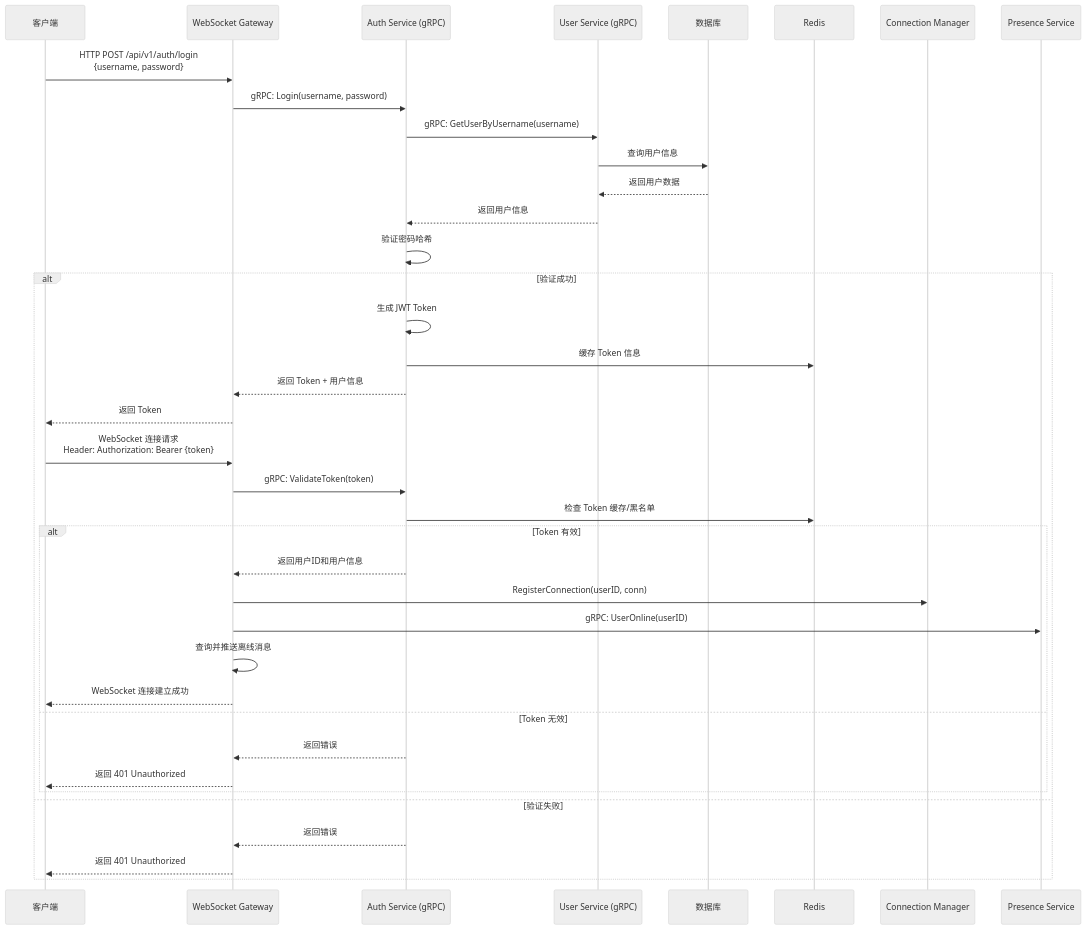
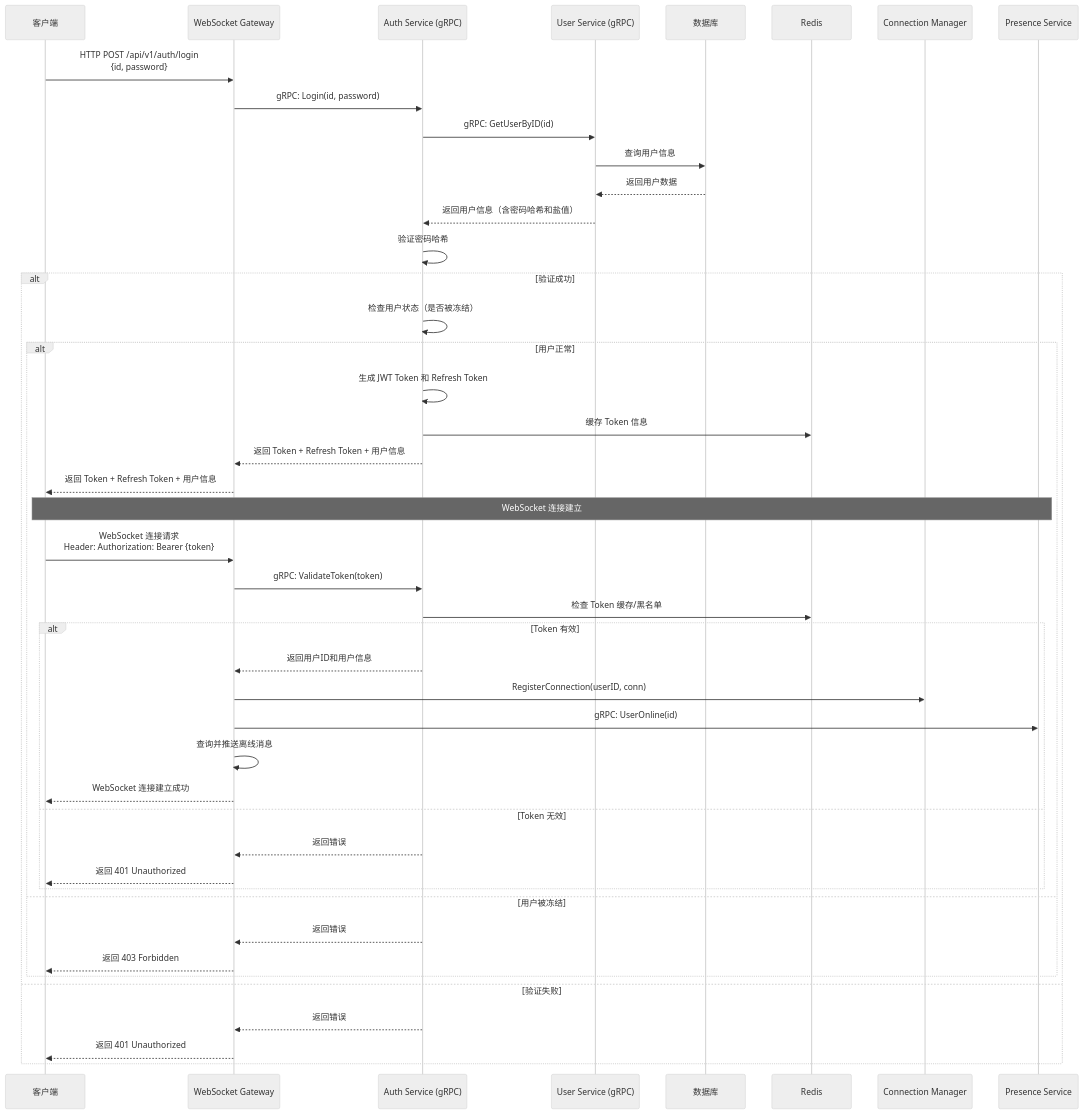
The second of 9 diagrams in docs/dev/01-用户登录与操作逻辑.md (HappyLadySauce/Beehive), drawn with Mermaid (neutral theme) before and after one commit. The commit also changed other lines of this file and 19 other files, not shown here.

Commit message:
Remove obsolete documentation and gRPC/protobuf files related to user, message, and presence services to streamline the codebase and improve maintainability.

````diff
--- a/docs/dev/01-用户登录与操作逻辑.md
+++ b/docs/dev/01-用户登录与操作逻辑.md
@@ -11,41 +95,49 @@
 ```mermaid
 sequenceDiagram
     participant Client as 客户端
     participant Gateway as WebSocket Gateway
     participant AuthSvc as Auth Service (gRPC)
     participant UserSvc as User Service (gRPC)
     participant DB as 数据库
     participant Redis as Redis
     participant ConnMgr as Connection Manager
     participant PresenceSvc as Presence Service
     
-    Client->>Gateway: HTTP POST /api/v1/auth/login<br/>{username, password}
-    Gateway->>AuthSvc: gRPC: Login(username, password)
-    AuthSvc->>UserSvc: gRPC: GetUserByUsername(username)
+    Client->>Gateway: HTTP POST /api/v1/auth/login<br/>{id, password}
+    Gateway->>AuthSvc: gRPC: Login(id, password)
+    AuthSvc->>UserSvc: gRPC: GetUserByID(id)
     UserSvc->>DB: 查询用户信息
     DB-->>UserSvc: 返回用户数据
-    UserSvc-->>AuthSvc: 返回用户信息
+    UserSvc-->>AuthSvc: 返回用户信息（含密码哈希和盐值）
     AuthSvc->>AuthSvc: 验证密码哈希
     alt 验证成功
-        AuthSvc->>AuthSvc: 生成 JWT Token
-        AuthSvc->>Redis: 缓存 Token 信息
-        AuthSvc-->>Gateway: 返回 Token + 用户信息
-        Gateway-->>Client: 返回 Token
-        Client->>Gateway: WebSocket 连接请求<br/>Header: Authorization: Bearer {token}
-        Gateway->>AuthSvc: gRPC: ValidateToken(token)
-        AuthSvc->>Redis: 检查 Token 缓存/黑名单
-        alt Token 有效
-            AuthSvc-->>Gateway: 返回用户ID和用户信息
-            Gateway->>ConnMgr: RegisterConnection(userID, conn)
-            Gateway->>PresenceSvc: gRPC: UserOnline(userID)
-            Gateway->>Gateway: 查询并推送离线消息
-            Gateway-->>Client: WebSocket 连接建立成功
-        else Token 无效
+        AuthSvc->>AuthSvc: 检查用户状态（是否被冻结）
+        alt 用户正常
+            AuthSvc->>AuthSvc: 生成 JWT Token 和 Refresh Token
+            AuthSvc->>Redis: 缓存 Token 信息
+            AuthSvc-->>Gateway: 返回 Token + Refresh Token + 用户信息
+            Gateway-->>Client: 返回 Token + Refresh Token + 用户信息
+            
+            Note over Client,PresenceSvc: WebSocket 连接建立
+            Client->>Gateway: WebSocket 连接请求<br/>Header: Authorization: Bearer {token}
+            Gateway->>AuthSvc: gRPC: ValidateToken(token)
+            AuthSvc->>Redis: 检查 Token 缓存/黑名单
+            alt Token 有效
+                AuthSvc-->>Gateway: 返回用户ID和用户信息
+                Gateway->>ConnMgr: RegisterConnection(userID, conn)
+                Gateway->>PresenceSvc: gRPC: UserOnline(id)
+                Gateway->>Gateway: 查询并推送离线消息
+                Gateway-->>Client: WebSocket 连接建立成功
+            else Token 无效
+                AuthSvc-->>Gateway: 返回错误
+                Gateway-->>Client: 返回 401 Unauthorized
+            end
+        else 用户被冻结
             AuthSvc-->>Gateway: 返回错误
-            Gateway-->>Client: 返回 401 Unauthorized
+            Gateway-->>Client: 返回 403 Forbidden
         end
     else 验证失败
         AuthSvc-->>Gateway: 返回错误
         Gateway-->>Client: 返回 401 Unauthorized
     end
 ```
````
